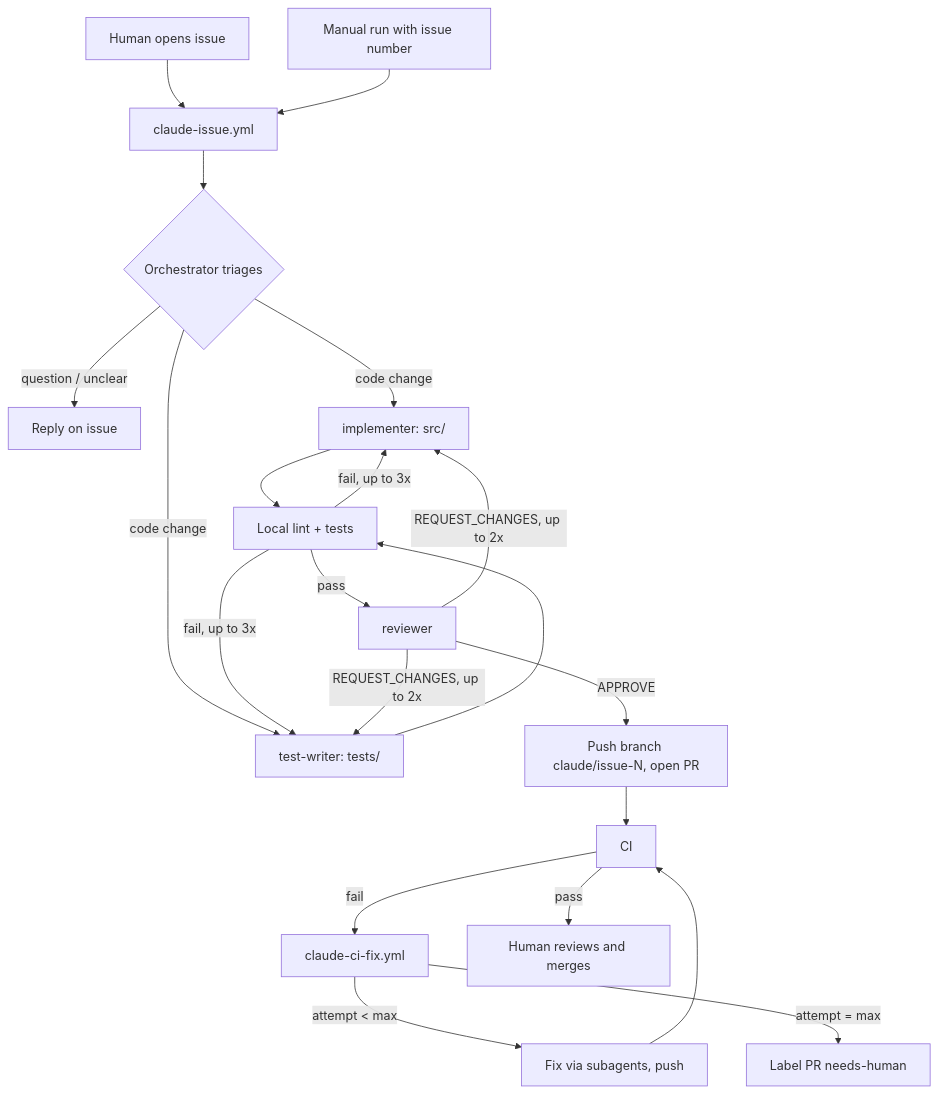
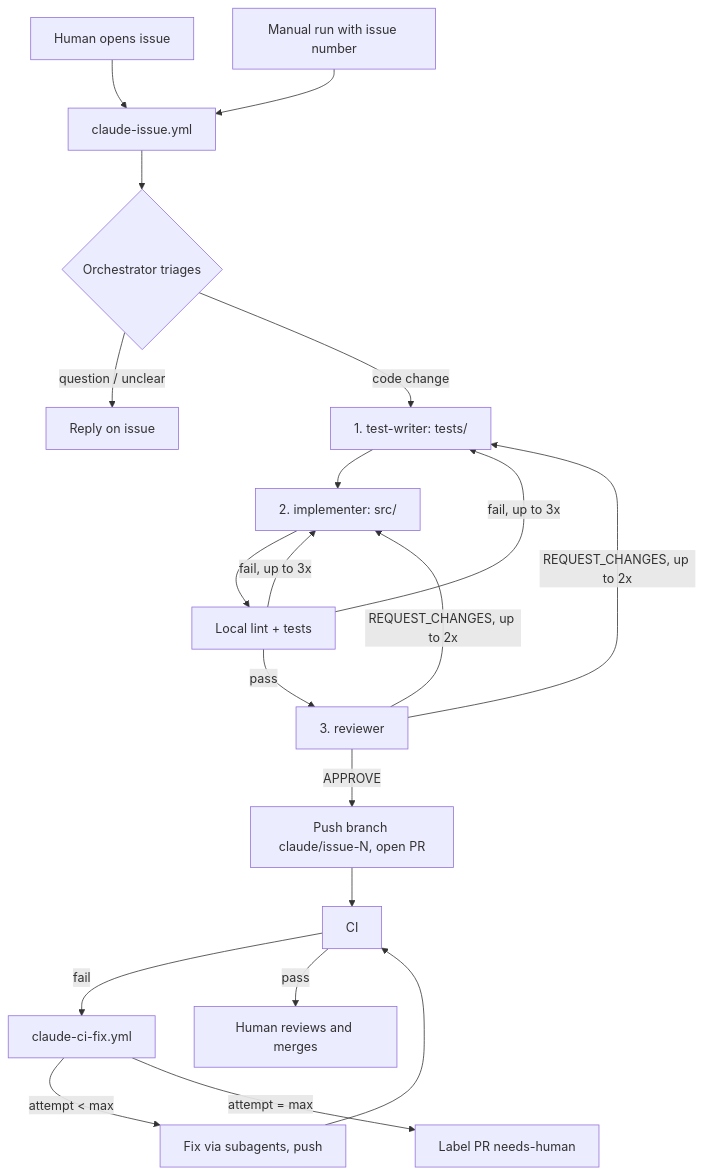
The diagram in docs/ai-workflow.md (kmura2026/cellular-automata-lab), drawn with Mermaid before and after one commit. The commit also changed other lines of this file and 5 other files, not shown here.

First line of the commit message:
Run subagents in order: test-writer, implementer, reviewer

````diff
--- a/docs/ai-workflow.md
+++ b/docs/ai-workflow.md
@@ -3,20 +3,19 @@
 ```mermaid
 flowchart TD
     A[Human opens issue] --> B[claude-issue.yml]
     M[Manual run with issue number] --> B
     B --> C{Orchestrator triages}
     C -- question / unclear --> R[Reply on issue]
-    C -- code change --> D[implementer: src/]
-    C -- code change --> E[test-writer: tests/]
+    C -- code change --> E[1. test-writer: tests/]
+    E --> D[2. implementer: src/]
     D --> F[Local lint + tests]
-    E --> F
-    F -- fail, up to 3x --> D & E
-    F -- pass --> G[reviewer]
-    G -- REQUEST_CHANGES, up to 2x --> D & E
+    F -- fail, up to 3x --> E & D
+    F -- pass --> G[3. reviewer]
+    G -- REQUEST_CHANGES, up to 2x --> E & D
     G -- APPROVE --> H[Push branch claude/issue-N, open PR]
     H --> I[CI]
     I -- fail --> J[claude-ci-fix.yml]
     J -- attempt < max --> K[Fix via subagents, push] --> I
     J -- attempt = max --> L[Label PR needs-human]
     I -- pass --> N[Human reviews and merges]
 ```
````
